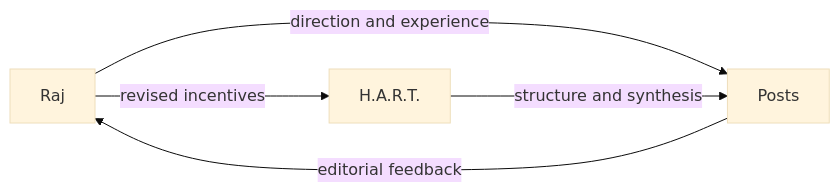
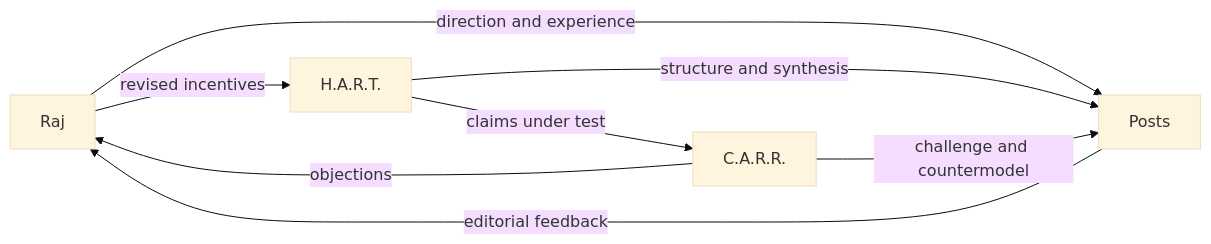
Before and after one commit to rajp152k/rajp152k.github.io: the first of 2 diagrams in content/pages/about-us/canvas.md, drawn with Mermaid (base theme). The commit also changed other lines of this file, not shown here.

````diff
--- a/content/pages/about-us/canvas.md
+++ b/content/pages/about-us/canvas.md
@@ -5,7 +5,10 @@
 ```mermaid
 graph LR
   R[Raj] -->|direction and experience| P[Posts]
   H[H.A.R.T.] -->|structure and synthesis| P
+  C[C.A.R.R.] -->|challenge and countermodel| P
   P -->|editorial feedback| R
   R -->|revised incentives| H
+  H -->|claims under test| C
+  C -->|objections| R
 ```
````
